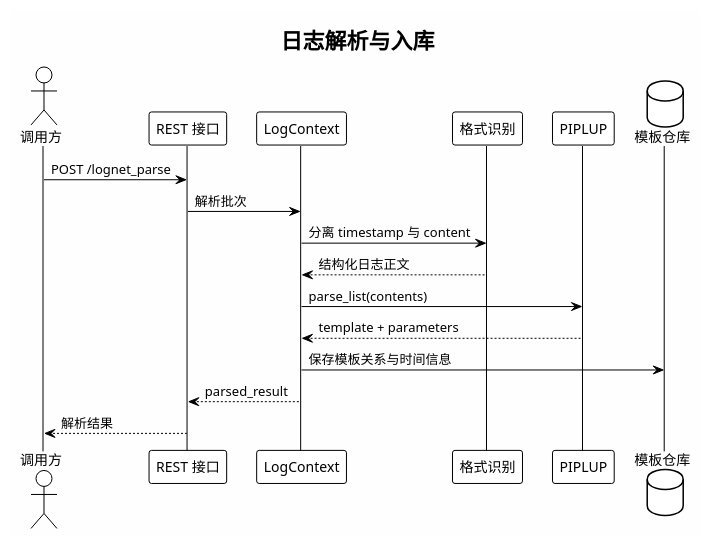
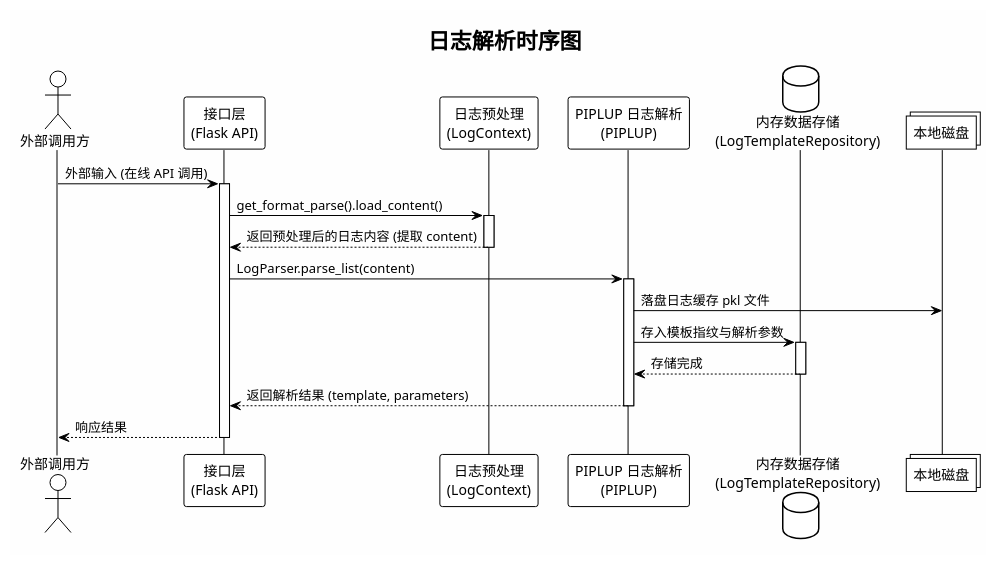
Before and after one commit to HouMonKy/TIG-PIPLUP: the second of 15 diagrams in LogNet3.0方案设计与实现文档.md, drawn with PlantUML. The commit also changed other lines of this file, not shown here.

````diff
--- a/LogNet3.0方案设计与实现文档.md
+++ b/LogNet3.0方案设计与实现文档.md
@@ -174,27 +113,40 @@
 ```plantuml
 @startuml LogNet3.0_Sequence_Parse
 !theme plain
 skinparam backgroundColor #FEFEFE
 skinparam shadowing false
 
-title 日志解析与入库
+title 日志解析时序图
 
-actor "调用方" as Caller
-participant "REST 接口" as API
-participant "LogContext" as Context
-participant "格式识别" as Format
-participant "PIPLUP" as Parser
-database "模板仓库" as Repo
+actor "外部调用方" as Caller
+participant "接口层\n(Flask API)" as API
+participant "日志预处理\n(LogContext)" as PreProcess
+participant "PIPLUP 日志解析\n(PIPLUP)" as Parser
+database "内存数据存储\n(LogTemplateRepository)" as Repo
+collections "本地磁盘" as Disk
 
-Caller -> API: POST /lognet_parse
-API -> Context: 解析批次
-Context -> Format: 分离 timestamp 与 content
-Format --> Context: 结构化日志正文
-Context -> Parser: parse_list(contents)
-Parser --> Context: template + parameters
-Context -> Repo: 保存模板关系与时间信息
-Context --> API: parsed_result
-API --> Caller: 解析结果
+Caller -> API: 外部输入 (在线 API 调用)
+activate API
+
+API -> PreProcess: get_format_parse().load_content()
+activate PreProcess
+PreProcess --> API: 返回预处理后的日志内容 (提取 content)
+deactivate PreProcess
+
+API -> Parser: LogParser.parse_list(content)
+activate Parser
+
+Parser -> Disk: 落盘日志缓存 pkl 文件
+Parser -> Repo: 存入模板指纹与解析参数
+activate Repo
+Repo --> Parser: 存储完成
+deactivate Repo
+
+Parser --> API: 返回解析结果 (template, parameters)
+deactivate Parser
+
+API --> Caller: 响应结果
+deactivate API
 
 @enduml
 ```
````
